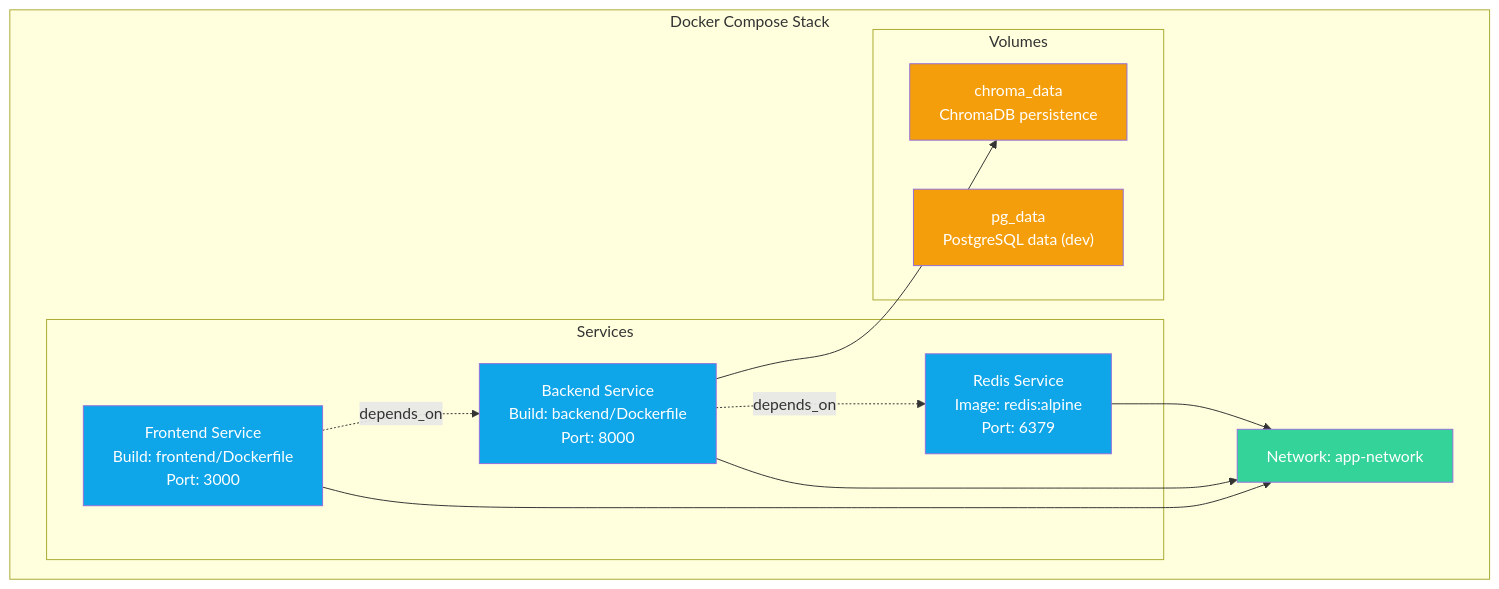
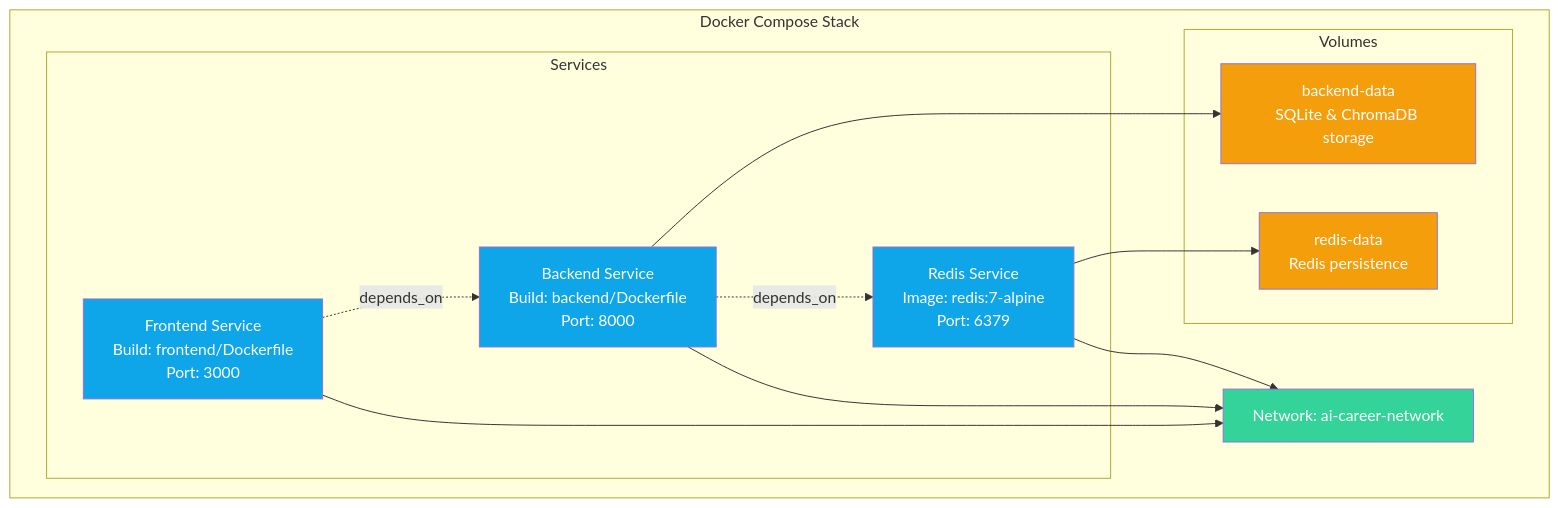
Diagram 20 of 34 in ARCHITECTURE.md (Anil-Pradhan-web/ai-career-mentor), drawn with Mermaid before and after one commit. The commit also changed other lines of this file, not shown here.

Commit message:
docs: sync Section 9 CI tests count and Docker resources with configs

````diff
--- a/ARCHITECTURE.md
+++ b/ARCHITECTURE.md
@@ -1143,33 +1143,34 @@
 ```mermaid
 graph TB
     classDef svc fill:#0ea5e9,color:#fff
     classDef vol fill:#f59e0b,color:#fff
     classDef net fill:#34d399,color:#fff
 
     subgraph "Docker Compose Stack"
-        NET["Network: app-network"]
+        NET["Network: ai-career-network"]
         
         subgraph "Services"
             FE["Frontend Service<br/>Build: frontend/Dockerfile<br/>Port: 3000"]
             BE["Backend Service<br/>Build: backend/Dockerfile<br/>Port: 8000"]
-            RD["Redis Service<br/>Image: redis:alpine<br/>Port: 6379"]
+            RD["Redis Service<br/>Image: redis:7-alpine<br/>Port: 6379"]
         end
         
         subgraph "Volumes"
-            CHROMA_VOL["chroma_data<br/>ChromaDB persistence"]
-            PG_VOL["pg_data<br/>PostgreSQL data (dev)"]
+            BE_VOL["backend-data<br/>SQLite & ChromaDB storage"]
+            RD_VOL["redis-data<br/>Redis persistence"]
         end
     end
 
     FE --> NET
     BE --> NET
     RD --> NET
     
-    BE --> CHROMA_VOL
+    BE --> BE_VOL
+    RD --> RD_VOL
     FE -.->|depends_on| BE
     BE -.->|depends_on| RD
 
     class FE,BE,RD svc
-    class CHROMA_VOL,PG_VOL vol
+    class BE_VOL,RD_VOL vol
     class NET net
 ```
````
